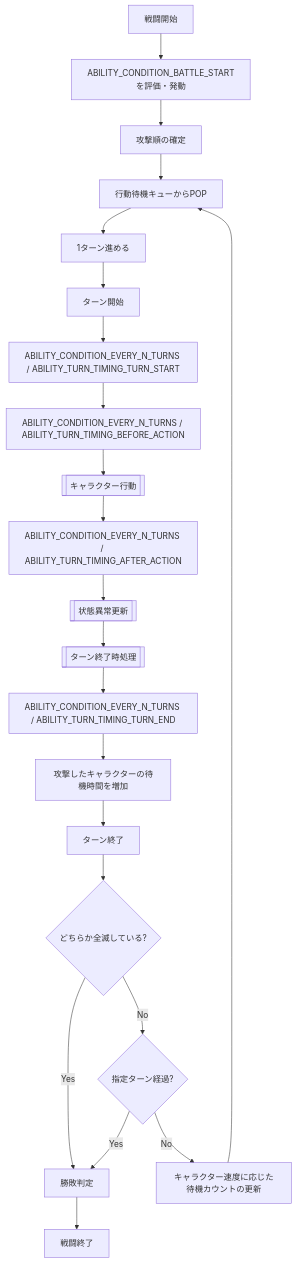
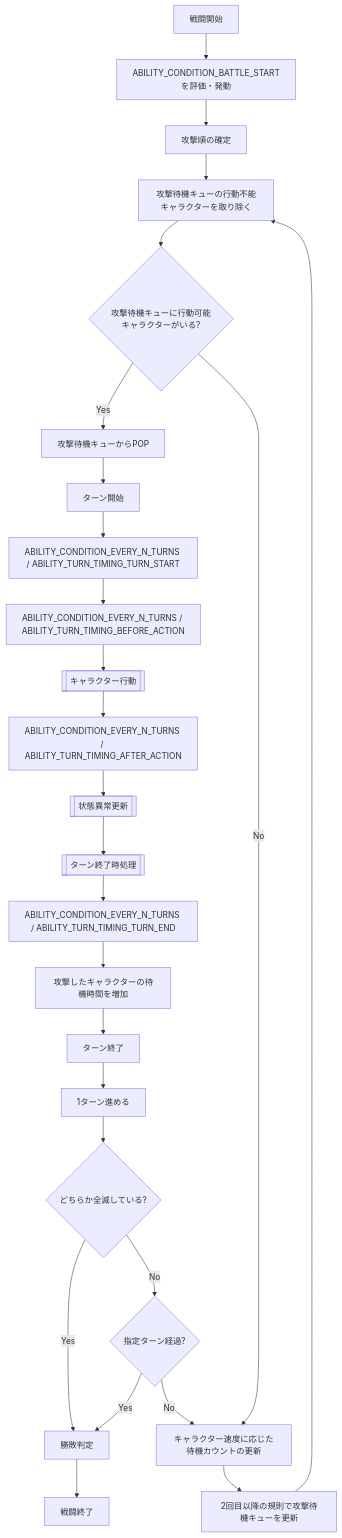
Before and after one commit to ReHydrangeaOdyssey/Specifications: the first of 5 diagrams in design/game/battle.md, drawn with Mermaid. The commit also changed other lines of this file and 9 other files, not shown here.

````diff
--- a/design/game/battle.md
+++ b/design/game/battle.md
@@ -6,33 +6,38 @@
 ```mermaid
 flowchart TD;
     Start[戦闘開始];
     End[戦闘終了];
     TurnStart[ターン開始];
     TurnStartAbility[ABILITY_CONDITION_EVERY_N_TURNS / ABILITY_TURN_TIMING_TURN_START];
     BeforeActionAbility[ABILITY_CONDITION_EVERY_N_TURNS / ABILITY_TURN_TIMING_BEFORE_ACTION];
     AfterActionAbility[ABILITY_CONDITION_EVERY_N_TURNS / ABILITY_TURN_TIMING_AFTER_ACTION];
     TurnEndAbility[ABILITY_CONDITION_EVERY_N_TURNS / ABILITY_TURN_TIMING_TURN_END];
     TurnEnd[ターン終了];
     Judgment[勝敗判定]
     CheckTurnLimit{指定ターン経過?};
     CheckAnnihilation{どちらか全滅している?};
     DetermineOrder[攻撃順の確定];
-    PopQueue[行動待機キューからPOP];
+    CheckQueueActable{攻撃待機キューに行動可能キャラクターがいる?};
+    RemoveIncapacitated[攻撃待機キューの行動不能キャラクターを取り除く];
+    RefillQueue[2回目以降の規則で攻撃待機キューを更新];
+    PopQueue[攻撃待機キューからPOP];
     CharacterAttack[[キャラクター行動]];
     Ability[ABILITY_CONDITION_BATTLE_STARTを評価・発動];
     AddWaitCount[攻撃したキャラクターの待機時間を増加];
     NextTurn[1ターン進める];
     UpdateWaitCount[キャラクター速度に応じた待機カウントの更新];
     UpdateStatusAbnormality[[状態異常更新]];
     UpdateTurnEndEffect[[ターン終了時処理]];
 
-    Start --> Ability --> DetermineOrder --> PopQueue --> NextTurn
-    NextTurn --> TurnStart --> TurnStartAbility --> BeforeActionAbility --> CharacterAttack --> AfterActionAbility --> UpdateStatusAbnormality --> UpdateTurnEndEffect --> TurnEndAbility --> AddWaitCount --> TurnEnd
-    TurnEnd --> CheckAnnihilation
+    Start --> Ability --> DetermineOrder --> RemoveIncapacitated --> CheckQueueActable
+    CheckQueueActable -- Yes --> PopQueue --> TurnStart
+    CheckQueueActable -- No --> UpdateWaitCount
+    TurnStart --> TurnStartAbility --> BeforeActionAbility --> CharacterAttack --> AfterActionAbility --> UpdateStatusAbnormality --> UpdateTurnEndEffect --> TurnEndAbility --> AddWaitCount --> TurnEnd --> NextTurn
+    NextTurn --> CheckAnnihilation
     CheckAnnihilation -- Yes --> Judgment;
     CheckAnnihilation -- No --> CheckTurnLimit;
     CheckTurnLimit -- Yes --> Judgment;
     CheckTurnLimit -- No --> UpdateWaitCount;
-    UpdateWaitCount --> PopQueue;
+    UpdateWaitCount --> RefillQueue --> RemoveIncapacitated;
     Judgment --> End
 ```
````
